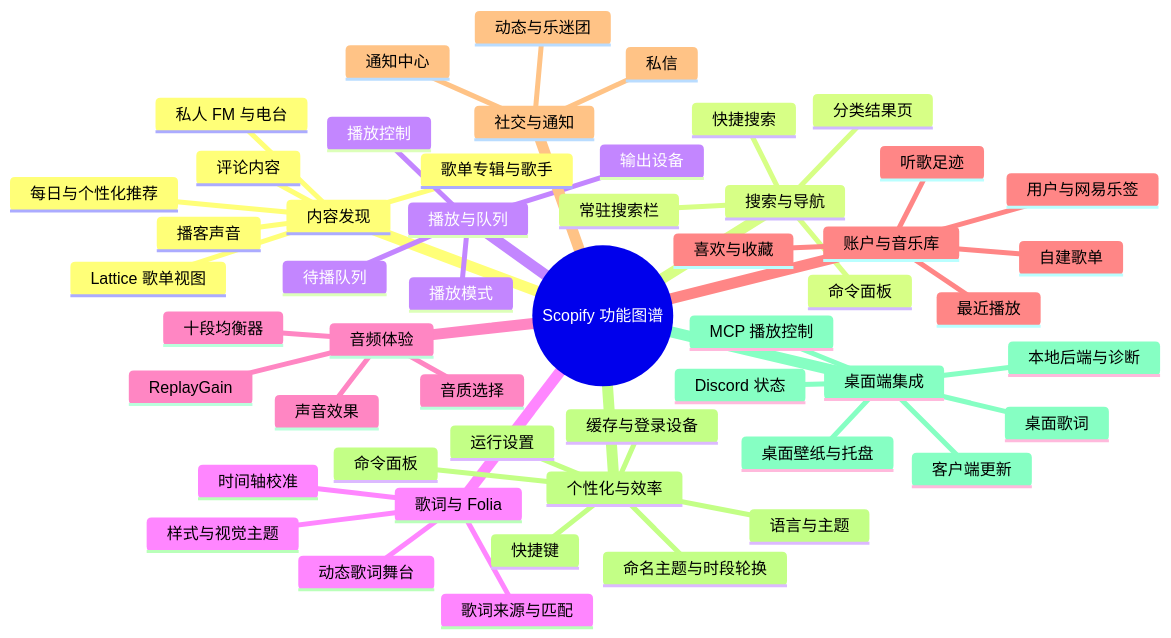
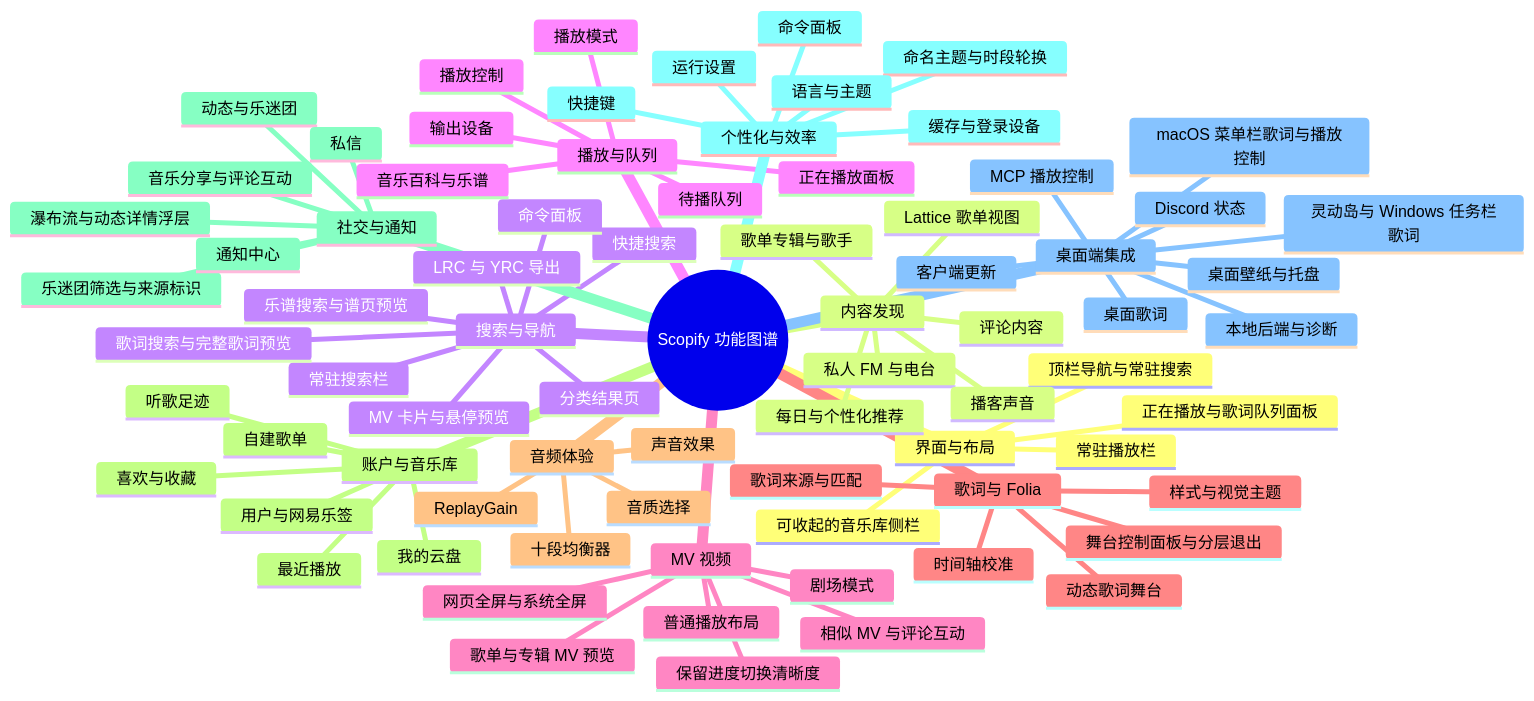
One commit to MT-SUPER-POWER/Scopify changed the diagram in repo/frontend/apps/docs/content/docs/(framework)/features-mindmap.mmd. Above: the diagram before and after it, drawn with Mermaid. The commit also changed 45 other files, not shown here.

First line of the commit message:
docs: 同步产品能力说明与最新客户端截图

```diff
--- a/repo/frontend/apps/docs/content/docs/(framework)/features-mindmap.mmd
+++ b/repo/frontend/apps/docs/content/docs/(framework)/features-mindmap.mmd
@@ -1,53 +1,78 @@
 mindmap
   root((Scopify 功能图谱))
+    界面与布局
+      顶栏导航与常驻搜索
+      可收起的音乐库侧栏
+      正在播放与歌词队列面板
+      常驻播放栏
     内容发现
       每日与个性化推荐
       歌单专辑与歌手
       私人 FM 与电台
       播客声音
       评论内容
       Lattice 歌单视图
     搜索与导航
       快捷搜索
       常驻搜索栏
       分类结果页
+      歌词搜索与完整歌词预览
+      LRC 与 YRC 导出
+      乐谱搜索与谱页预览
+      MV 卡片与悬停预览
       命令面板
     播放与队列
       播放控制
       播放模式
       待播队列
+      正在播放面板
       输出设备
+      音乐百科与乐谱
+    MV 视频
+      普通播放布局
+      剧场模式
+      网页全屏与系统全屏
+      保留进度切换清晰度
+      歌单与专辑 MV 预览
+      相似 MV 与评论互动
     歌词与 Folia
       动态歌词舞台
       歌词来源与匹配
       时间轴校准
+      舞台控制面板与分层退出
       样式与视觉主题
     音频体验
       音质选择
       十段均衡器
       ReplayGain
       声音效果
     账户与音乐库
       喜欢与收藏
       最近播放
+      我的云盘
       自建歌单
       听歌足迹
       用户与网易乐签
     社交与通知
       动态与乐迷团
+      乐迷团筛选与来源标识
+      瀑布流与动态详情浮层
+      音乐分享与评论互动
       私信
       通知中心
     个性化与效率
       命名主题与时段轮换
       缓存与登录设备
       语言与主题
       快捷键
       命令面板
       运行设置
     桌面端集成
       桌面歌词
       桌面壁纸与托盘
+      灵动岛与 Windows 任务栏歌词
+      macOS 菜单栏歌词与播放控制
       MCP 播放控制
       Discord 状态
       客户端更新
       本地后端与诊断
```
